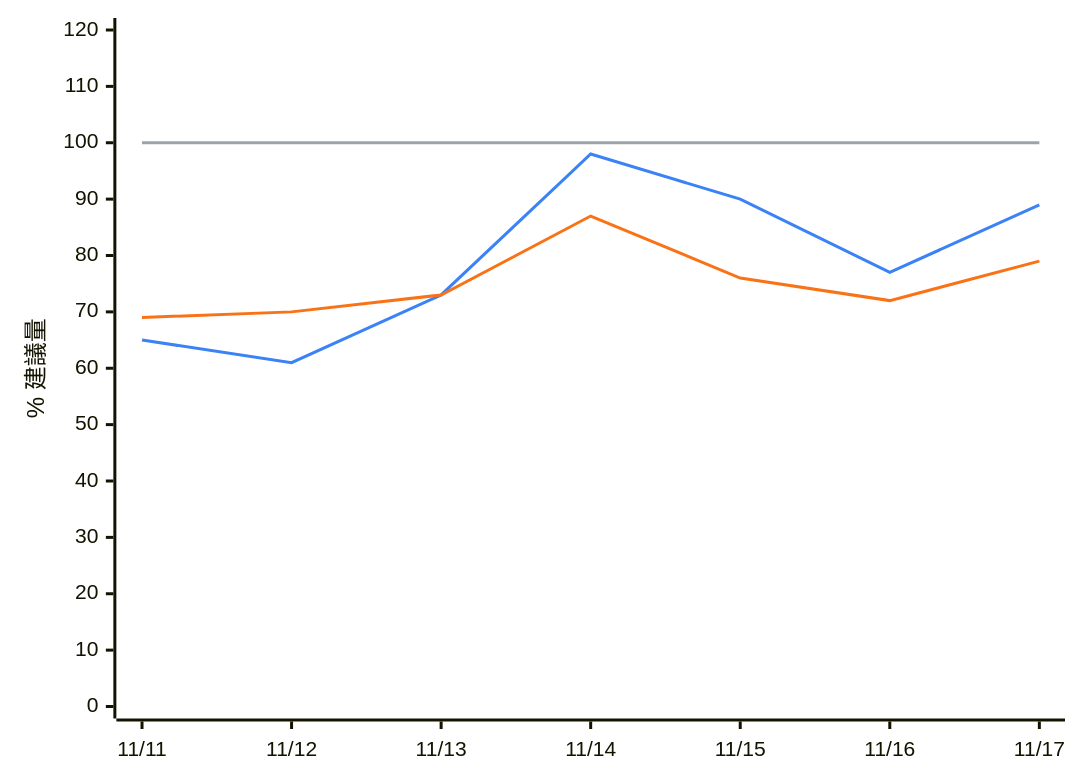
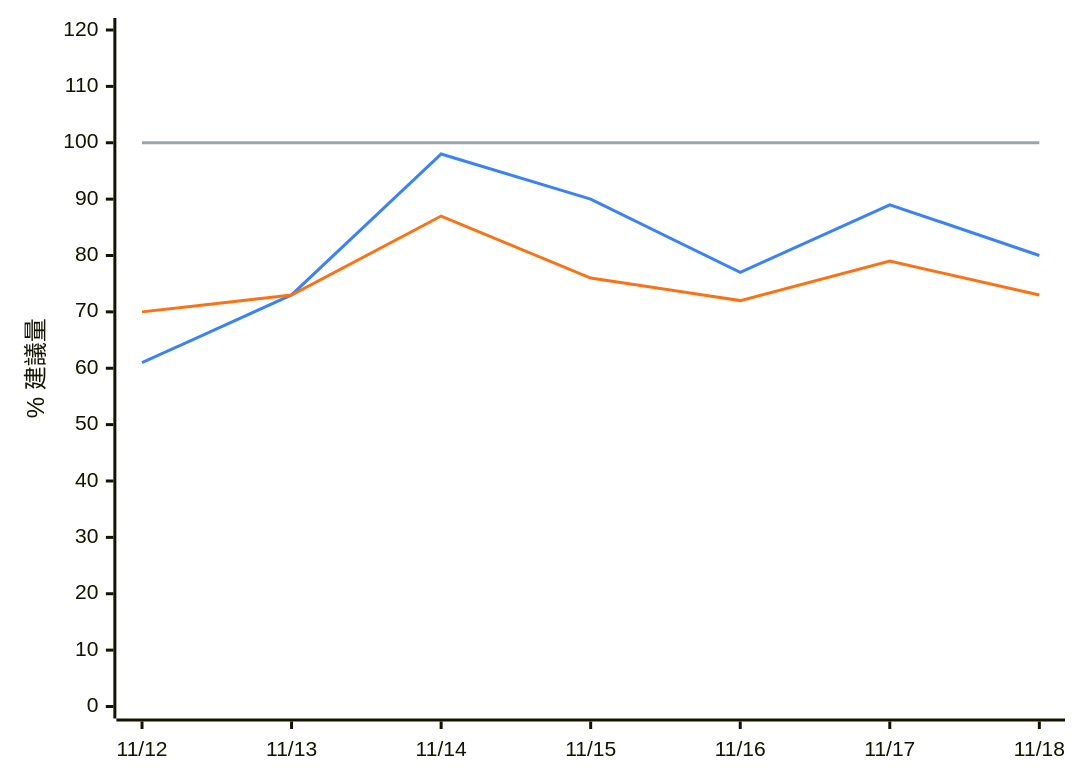
The diagram in README.md (PorriD63/MinaLisa), drawn with Mermaid before and after one commit. The commit also changed other lines of this file and 2 other files, not shown here.

````diff
--- a/README.md
+++ b/README.md
@@ -35,9 +27,9 @@
 ```mermaid
 %%{init: {"themeVariables": {"xyChart": {"plotColorPalette": "#3b82f6, #f97316, #9ca3af"}}}}%%
 xychart-beta
-    x-axis ["11/11", "11/12", "11/13", "11/14", "11/15", "11/16", "11/17"]
+    x-axis ["11/12", "11/13", "11/14", "11/15", "11/16", "11/17", "11/18"]
     y-axis "% 建議量" 0 --> 120
-    line [65, 61, 73, 98, 90, 77, 89]
-    line [69, 70, 73, 87, 76, 72, 79]
+    line [61, 73, 98, 90, 77, 89, 80]
+    line [70, 73, 87, 76, 72, 79, 73]
     line [100, 100, 100, 100, 100, 100, 100]
 ```
````
